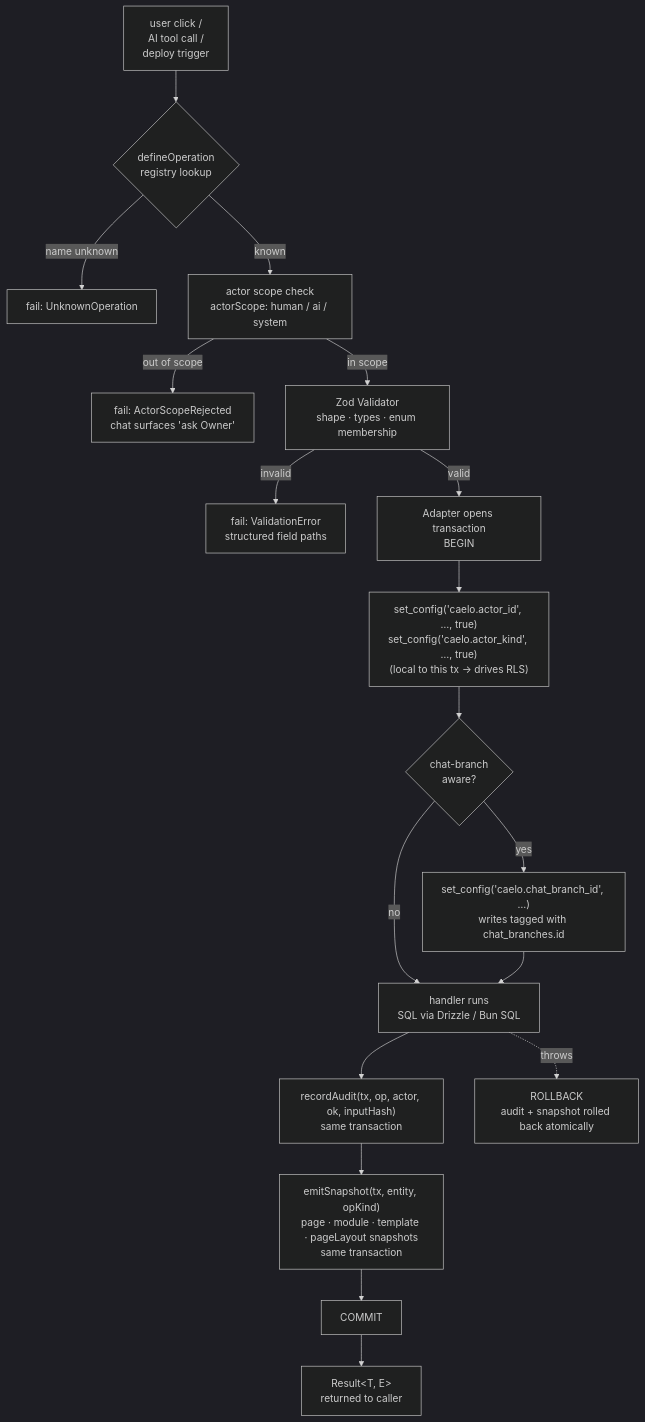
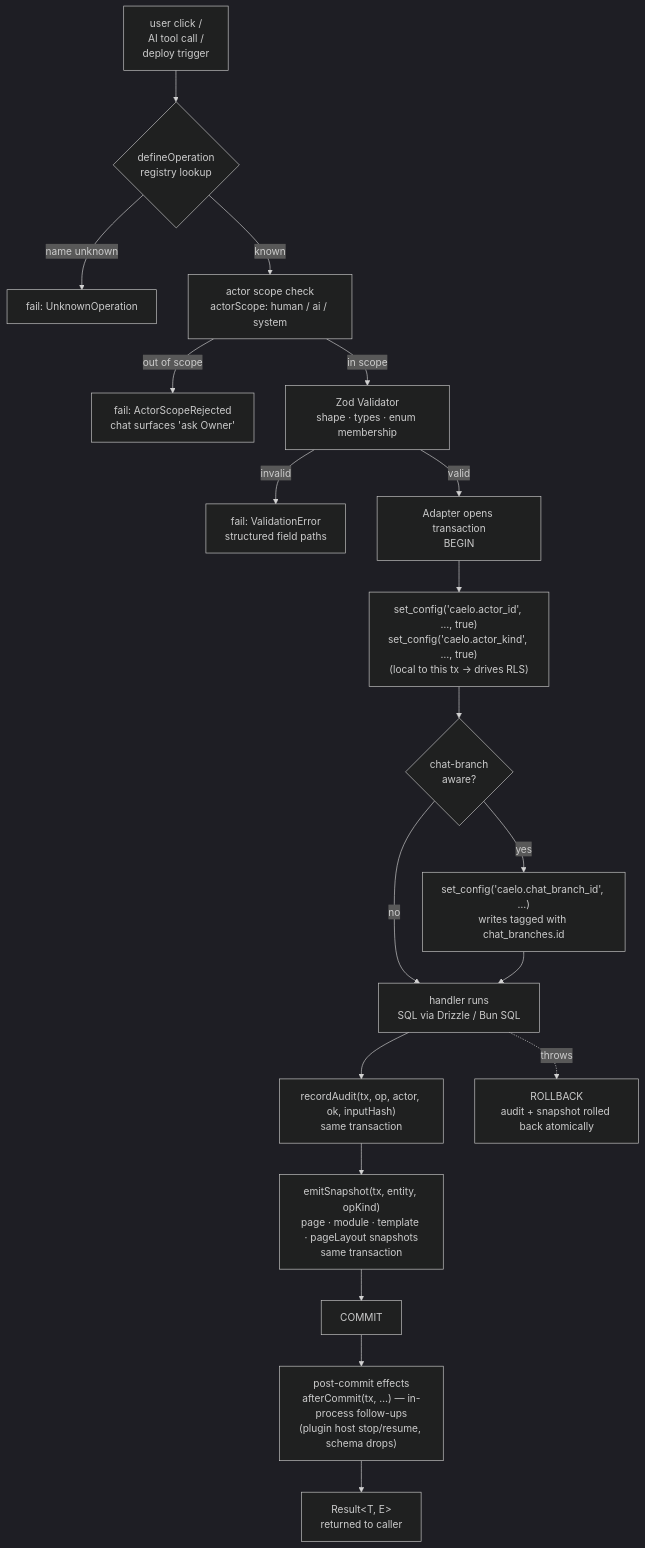
One commit to caelo-cms/caelo-cms changed the third of 4 diagrams in ARCHITECTURE.md. Above: the diagram before and after it, drawn with Mermaid (dark theme). The commit also changed other lines of this file and 18 other files, not shown here.

````diff
--- a/ARCHITECTURE.md
+++ b/ARCHITECTURE.md
@@ -144,21 +144,22 @@
 ```mermaid
 graph TD
   Click["user click /<br/>AI tool call /<br/>deploy trigger"] --> Op{"defineOperation<br/>registry lookup"}
   Op -->|name unknown| Reject1["fail: UnknownOperation"]
   Op -->|known| ActorCheck["actor scope check<br/>actorScope: human / ai / system"]
   ActorCheck -->|out of scope| Reject2["fail: ActorScopeRejected<br/>chat surfaces 'ask Owner'"]
   ActorCheck -->|in scope| Validate["Zod Validator<br/>shape · types · enum membership"]
   Validate -->|invalid| Reject3["fail: ValidationError<br/>structured field paths"]
   Validate -->|valid| Begin["Adapter opens transaction<br/>BEGIN"]
   Begin --> SetActor["set_config('caelo.actor_id', …, true)<br/>set_config('caelo.actor_kind', …, true)<br/>(local to this tx → drives RLS)"]
   SetActor --> Branch{"chat-branch<br/>aware?"}
   Branch -->|yes| BranchSet["set_config('caelo.chat_branch_id', …)<br/>writes tagged with chat_branches.id"]
   Branch -->|no| Handler["handler runs<br/>SQL via Drizzle / Bun SQL"]
   BranchSet --> Handler
   Handler --> Audit["recordAudit(tx, op, actor, ok, inputHash)<br/>same transaction"]
   Audit --> Snapshot["emitSnapshot(tx, entity, opKind)<br/>page · module · template · pageLayout snapshots<br/>same transaction"]
   Snapshot --> Commit["COMMIT"]
-  Commit --> Result["Result&lt;T, E&gt;<br/>returned to caller"]
+  Commit --> Effects["post-commit effects<br/>afterCommit(tx, …) — in-process follow-ups<br/>(plugin host stop/resume, schema drops)"]
+  Effects --> Result["Result&lt;T, E&gt;<br/>returned to caller"]
 
   Handler -.->|throws| Rollback["ROLLBACK<br/>audit + snapshot rolled back atomically"]
 ```
````
